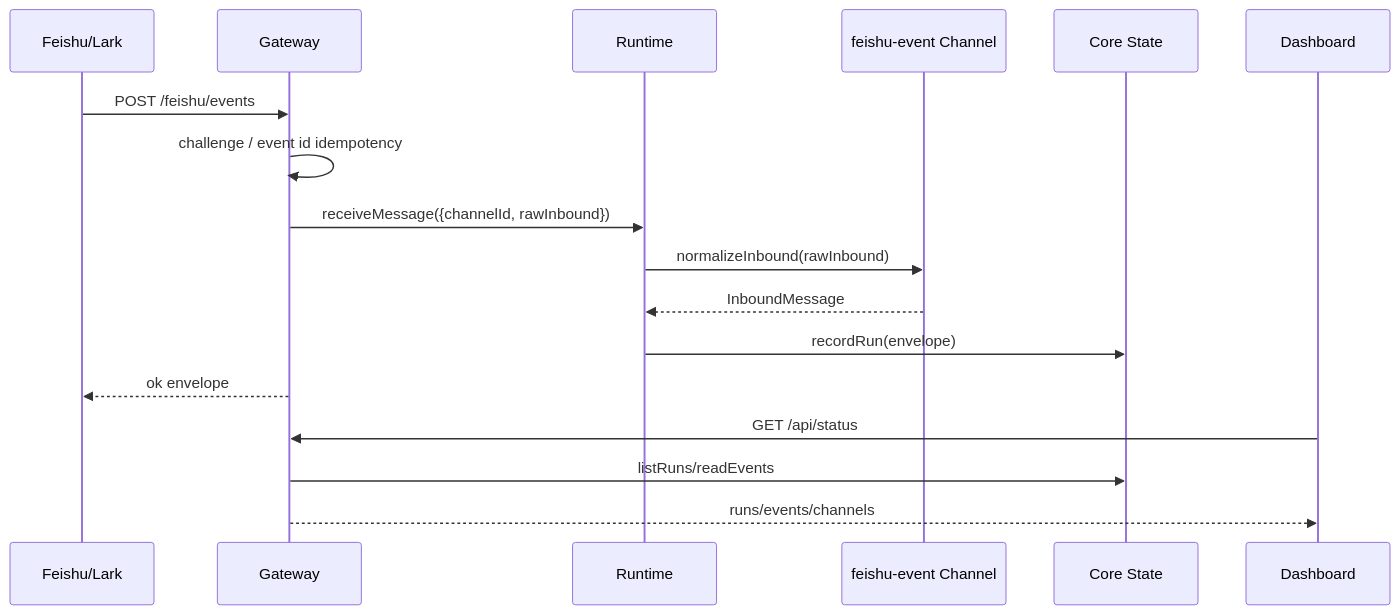
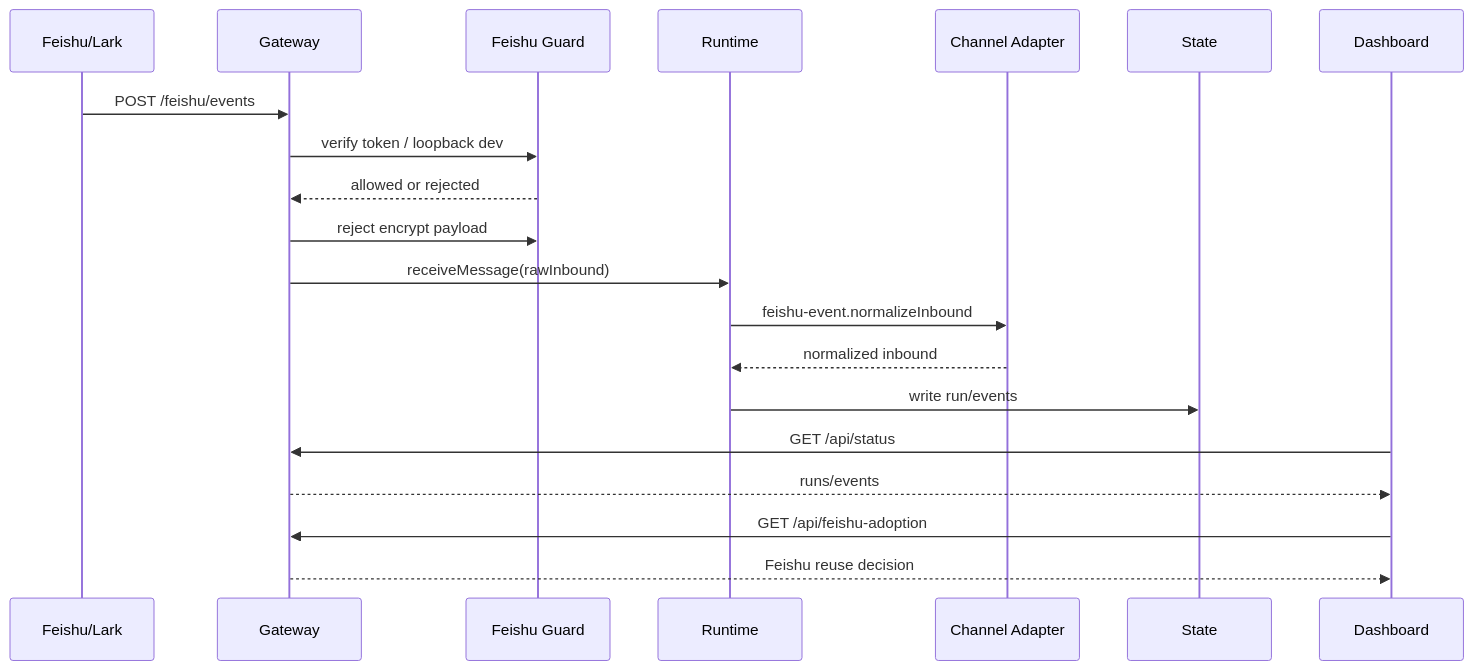
Before and after one commit to mayf3/myclaw: the fourth of 8 diagrams in docs/implementation-architecture.md, drawn with Mermaid. The commit also changed other lines of this file and 13 other files, not shown here.

````diff
--- a/docs/implementation-architecture.md
+++ b/docs/implementation-architecture.md
@@ -115,20 +151,23 @@
 ```mermaid
 sequenceDiagram
   participant F as Feishu/Lark
   participant G as Gateway
+  participant A as Feishu Guard
   participant R as Runtime
-  participant C as feishu-event Channel
-  participant S as Core State
+  participant C as Channel Adapter
+  participant S as State
   participant D as Dashboard
 
   F->>G: POST /feishu/events
-  G->>G: challenge / event id idempotency
-  G->>R: receiveMessage({channelId, rawInbound})
-  R->>C: normalizeInbound(rawInbound)
-  C-->>R: InboundMessage
-  R->>S: recordRun(envelope)
-  G-->>F: ok envelope
+  G->>A: verify token / loopback dev
+  A-->>G: allowed or rejected
+  G->>A: reject encrypt payload
+  G->>R: receiveMessage(rawInbound)
+  R->>C: feishu-event.normalizeInbound
+  C-->>R: normalized inbound
+  R->>S: write run/events
   D->>G: GET /api/status
-  G->>S: listRuns/readEvents
-  G-->>D: runs/events/channels
+  G-->>D: runs/events
+  D->>G: GET /api/feishu-adoption
+  G-->>D: Feishu reuse decision
 ```
````
